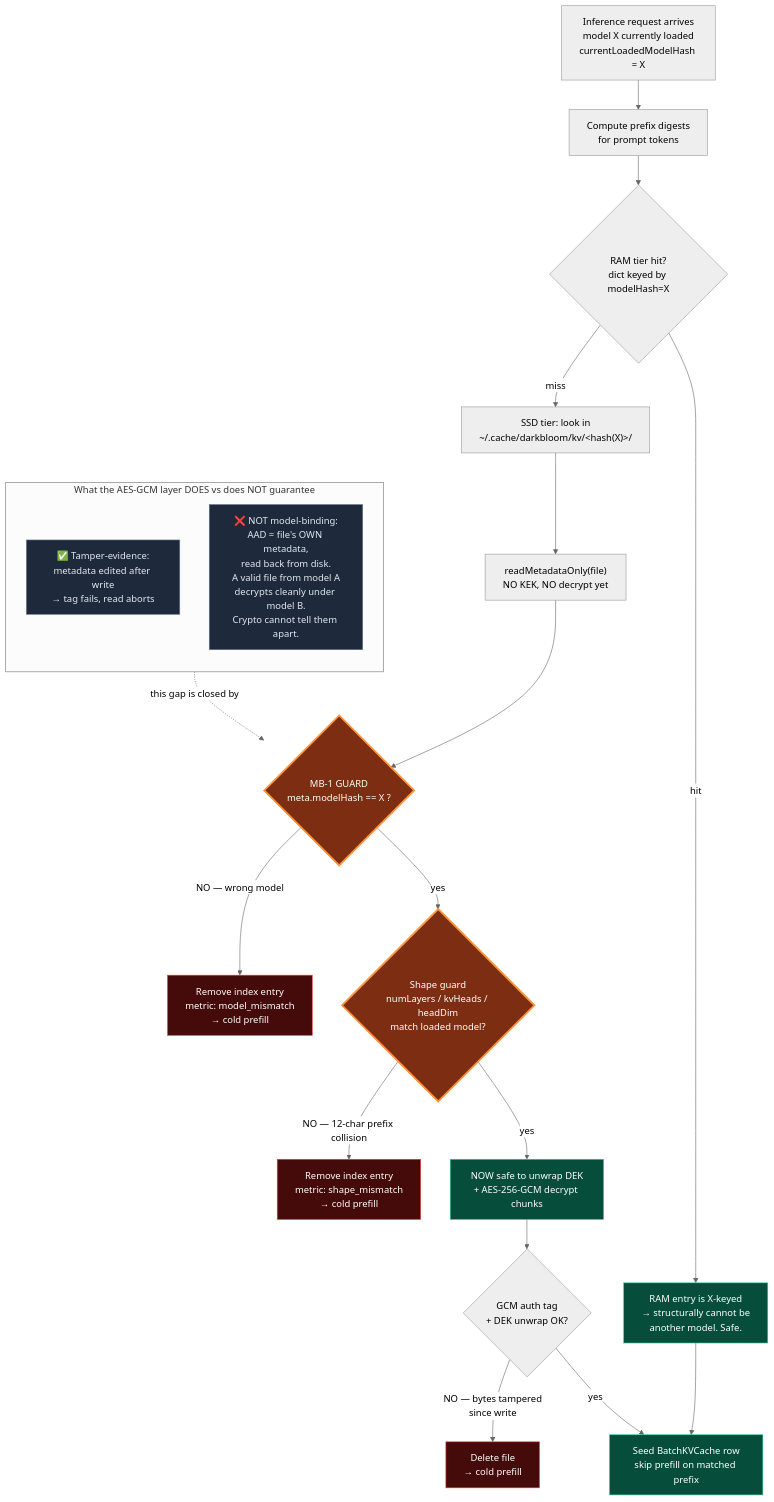
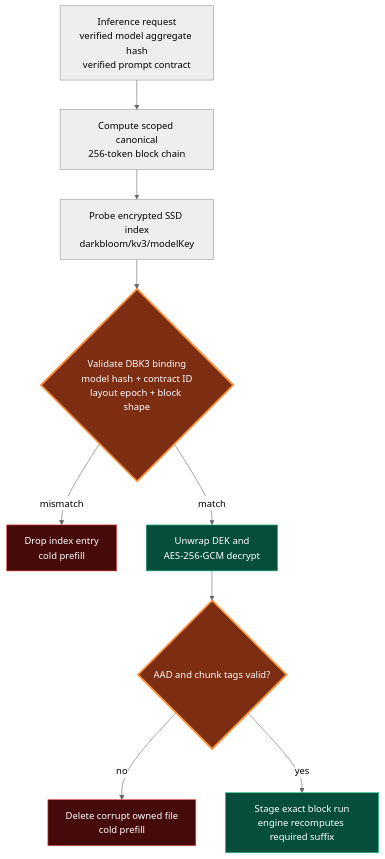
The diagram in docs/assets/ssd-kv-cache-model-binding.mmd (Layr-Labs/d-inference), drawn with Mermaid (neutral theme) before and after one commit. The commit also changed 192 other files, not shown here.

Commit message:
feat(routing): add exact provider cache routing

```diff
--- a/docs/assets/ssd-kv-cache-model-binding.mmd
+++ b/docs/assets/ssd-kv-cache-model-binding.mmd
@@ -1,38 +1,16 @@
 flowchart TD
-    A["Inference request arrives<br/>model X currently loaded<br/>currentLoadedModelHash = X"] --> B["Compute prefix digests<br/>for prompt tokens"]
-    B --> C{"RAM tier hit?<br/>dict keyed by modelHash=X"}
-
-    C -->|"hit"| RAMOK["RAM entry is X-keyed<br/>→ structurally cannot be<br/>another model. Safe."]
-    RAMOK --> SEED["Seed BatchKVCache row<br/>skip prefill on matched prefix"]
-
-    C -->|"miss"| D["SSD tier: look in<br/>~/.cache/darkbloom/kv/&lt;hash(X)&gt;/"]
-    D --> E["readMetadataOnly(file)<br/>NO KEK, NO decrypt yet"]
-
-    E --> MB1{"MB-1 GUARD<br/>meta.modelHash == X ?"}
-    MB1 -->|"NO — wrong model"| REJ1["Remove index entry<br/>metric: model_mismatch<br/>→ cold prefill"]
-    MB1 -->|"yes"| SHAPE{"Shape guard<br/>numLayers / kvHeads / headDim<br/>match loaded model?"}
-
-    SHAPE -->|"NO — 12-char prefix collision"| REJ2["Remove index entry<br/>metric: shape_mismatch<br/>→ cold prefill"]
-    SHAPE -->|"yes"| DEC["NOW safe to unwrap DEK<br/>+ AES-256-GCM decrypt chunks"]
-
-    DEC --> AUTH{"GCM auth tag<br/>+ DEK unwrap OK?"}
-    AUTH -->|"NO — bytes tampered<br/>since write"| REJ3["Delete file<br/>→ cold prefill"]
-    AUTH -->|"yes"| SEED
-
-    subgraph CRYPTO ["What the AES-GCM layer DOES vs does NOT guarantee"]
-        direction TB
-        Y["✅ Tamper-evidence:<br/>metadata edited after write<br/>→ tag fails, read aborts"]
-        N["❌ NOT model-binding:<br/>AAD = file's OWN metadata,<br/>read back from disk.<br/>A valid file from model A<br/>decrypts cleanly under model B.<br/>Crypto cannot tell them apart."]
-    end
-
-    N -.->|"this gap is closed by"| MB1
+    A["Inference request<br/>verified model aggregate hash<br/>verified prompt contract"] --> B["Compute scoped canonical<br/>256-token block chain"]
+    B --> C["Probe encrypted SSD index<br/>darkbloom/kv3/modelKey"]
+    C --> MB{"Validate DBK3 binding<br/>model hash + contract ID<br/>layout epoch + block shape"}
+    MB -->|"mismatch"| REJ1["Drop index entry<br/>cold prefill"]
+    MB -->|"match"| DEC["Unwrap DEK and<br/>AES-256-GCM decrypt"]
+    DEC --> AUTH{"AAD and chunk tags valid?"}
+    AUTH -->|"no"| REJ2["Delete corrupt owned file<br/>cold prefill"]
+    AUTH -->|"yes"| SEED["Stage exact block run<br/>engine recomputes required suffix"]
 
     classDef guard fill:#7c2d12,stroke:#fb923c,stroke-width:3px,color:#fff
     classDef reject fill:#450a0a,stroke:#ef4444,color:#fff
     classDef safe fill:#064e3b,stroke:#34d399,color:#fff
-    classDef crypto fill:#1e293b,stroke:#64748b,color:#e2e8f0
-
-    class MB1,SHAPE guard
-    class REJ1,REJ2,REJ3 reject
-    class RAMOK,SEED,DEC safe
-    class Y,N crypto
+    class MB,AUTH guard
+    class REJ1,REJ2 reject
+    class SEED,DEC safe
```
